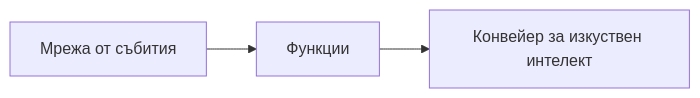
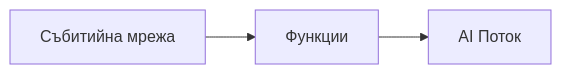
Before and after one commit to microsoft/AZD-for-beginners: the second of 2 diagrams in translations/bg/docs/chapter-08-production/README.md, drawn with Mermaid. The commit also changed other lines of this file and 59 other files, not shown here.

````diff
--- a/translations/bg/docs/chapter-08-production/README.md
+++ b/translations/bg/docs/chapter-08-production/README.md
@@ -57,4 +57,4 @@
 ```mermaid
 graph LR
-    EventGrid[Мрежа от събития] --> Functions[Функции] --> Pipeline[Конвейер за изкуствен интелект]
+    EventGrid[Събитийна мрежа] --> Functions[Функции] --> Pipeline[AI Поток]
 ```
````
